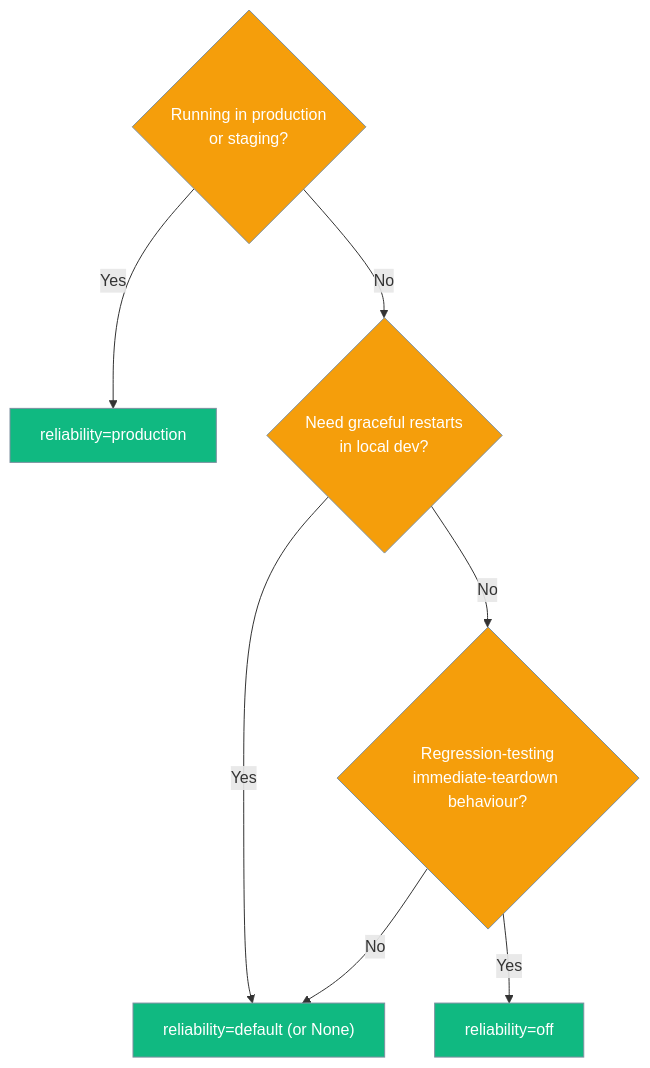
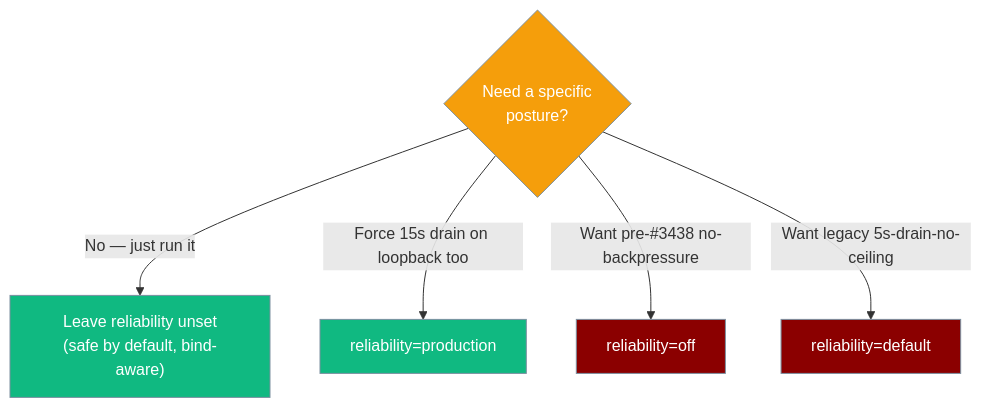
One commit to MervinPraison/PraisonAIDocs changed the third of 4 diagrams in docs/features/gateway-reliability.mdx. Above: the diagram before and after it, drawn with Mermaid. The commit also changed other lines of this file and 2 other files, not shown here.

First line of the commit message:
docs: gateway reliability is now safe-by-default (bind-aware admission + drain) (fixes #2500)

````diff
--- a/docs/features/gateway-reliability.mdx
+++ b/docs/features/gateway-reliability.mdx
@@ -172,16 +190,16 @@
 ```mermaid
 graph TB
-    Q1{Running in production<br/>or staging?}
-    Q1 -->|Yes| Prod[reliability=production]
-    Q1 -->|No| Q2{Need graceful restarts<br/>in local dev?}
-    Q2 -->|Yes| Dev["reliability=default (or None)"]
-    Q2 -->|No| Q3{Regression-testing<br/>immediate-teardown behaviour?}
-    Q3 -->|Yes| Off[reliability=off]
-    Q3 -->|No| Dev
+    Q1{Need a specific<br/>posture?}
+    Q1 -->|No — just run it| Unset["Leave reliability unset<br/>(safe by default, bind-aware)"]
+    Q1 -->|Force 15s drain on loopback too| Prod[reliability=production]
+    Q1 -->|Want pre-#3438 no-backpressure| Off[reliability=off]
+    Q1 -->|Want legacy 5s-drain-no-ceiling| Def[reliability=default]
 
     classDef pick fill:#10B981,stroke:#7C90A0,color:#fff
+    classDef optout fill:#8B0000,stroke:#7C90A0,color:#fff
     classDef question fill:#F59E0B,stroke:#7C90A0,color:#fff
 
-    class Prod,Dev,Off pick
-    class Q1,Q2,Q3 question
+    class Unset,Prod pick
+    class Off,Def optout
+    class Q1 question
 ```
````
